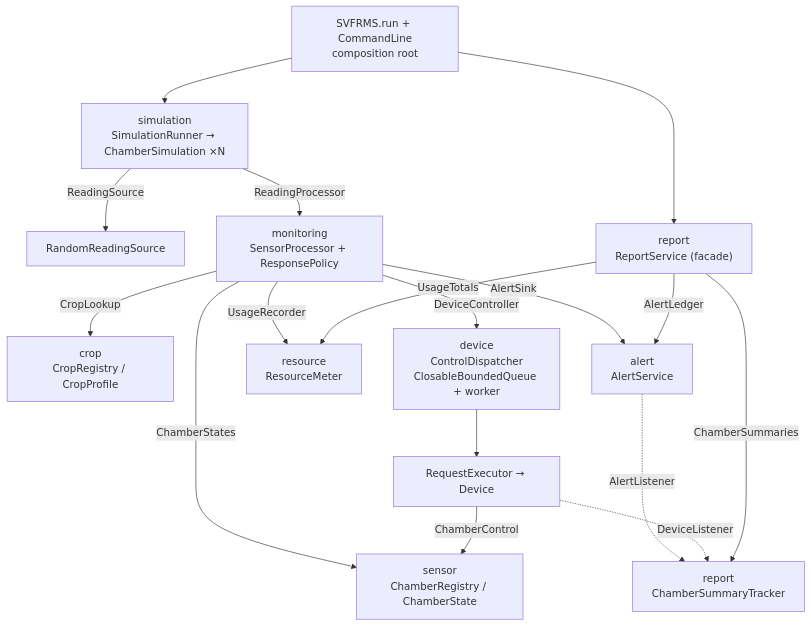
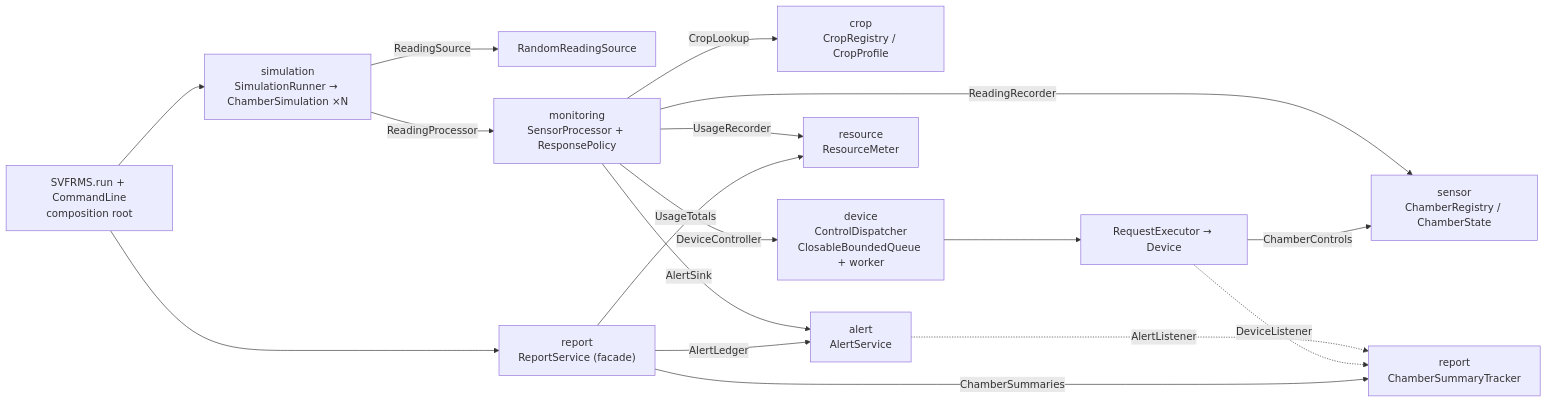
Before and after one commit to jarenlimhaan/se301-svfrms: the first of 4 diagrams in README.md, drawn with Mermaid. The commit also changed other lines of this file and 28 other files, not shown here.

````diff
--- a/README.md
+++ b/README.md
@@ -112,19 +112,19 @@
 ```mermaid
-flowchart TB
+flowchart LR
     Main["SVFRMS.run + CommandLine<br/>composition root"] --> Sim["simulation<br/>SimulationRunner → ChamberSimulation ×N"]
     Sim -->|ReadingSource| RS["RandomReadingSource"]
     Sim -->|ReadingProcessor| SP["monitoring<br/>SensorProcessor + ResponsePolicy"]
     SP -->|CropLookup| CR["crop<br/>CropRegistry / CropProfile"]
-    SP -->|ChamberStates| CH["sensor<br/>ChamberRegistry / ChamberState"]
+    SP -->|ReadingRecorder| CH["sensor<br/>ChamberRegistry / ChamberState"]
     SP -->|AlertSink| AS["alert<br/>AlertService"]
     SP -->|UsageRecorder| RM["resource<br/>ResourceMeter"]
     SP -->|DeviceController| CD["device<br/>ControlDispatcher<br/>ClosableBoundedQueue + worker"]
     CD --> EX["RequestExecutor → Device"]
-    EX -->|ChamberControl| CH
+    EX -->|ChamberControls| CH
     AS -.AlertListener.-> CST["report<br/>ChamberSummaryTracker"]
     EX -.DeviceListener.-> CST
     Main --> REP["report<br/>ReportService (facade)"]
     REP -->|AlertLedger| AS
     REP -->|UsageTotals| RM
     REP -->|ChamberSummaries| CST
 ```
````
